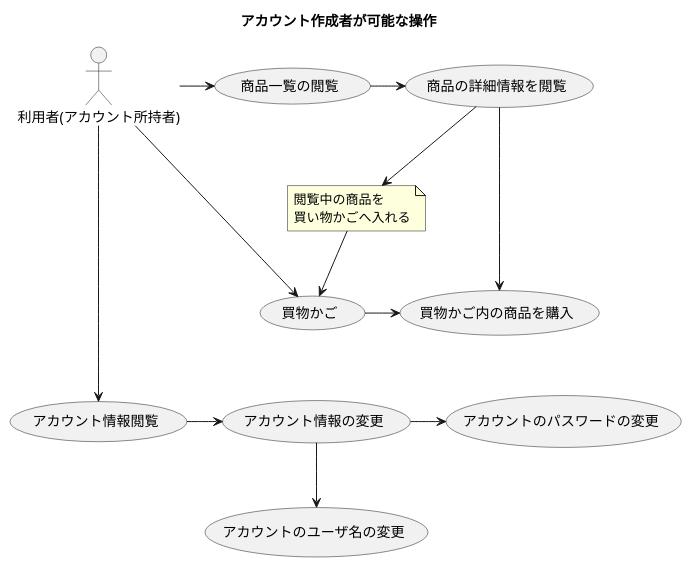
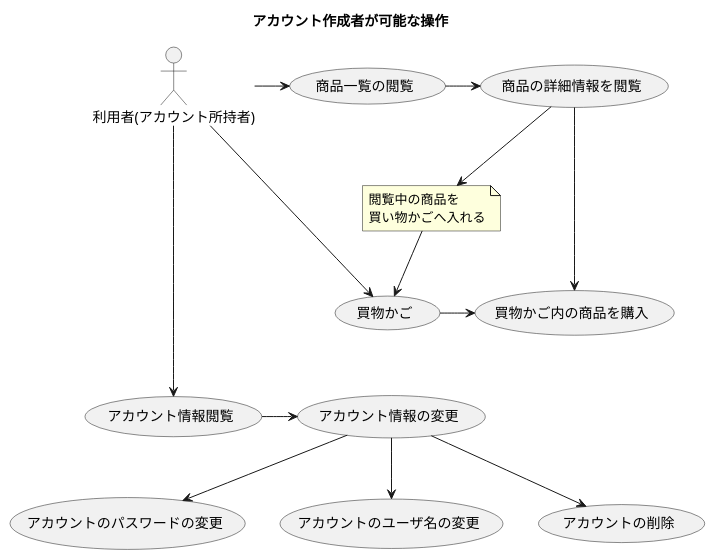
Before and after one commit to whalego/django_market_app: the second of 2 diagrams in products_documents/workflow_diagram/user_workfrow.puml, drawn with PlantUML.

Commit message:
利用者ワークフローにアカウントの削除を追加

```diff
--- a/products_documents/workflow_diagram/user_workfrow.puml
+++ b/products_documents/workflow_diagram/user_workfrow.puml
@@ -16,33 +16,34 @@
 @startuml
 title
 アカウント作成者が可能な操作
 end title
 
 :利用者(アカウント所持者): as has_account_user
 (商品一覧の閲覧) as item_list
 (商品の詳細情報を閲覧) as item
 (買物かご) as item_bucket
 (買物かご内の商品を購入) as buy_items
 (アカウント情報閲覧) as account_info
 (アカウント情報の変更) as change_account_info
 (アカウントのパスワードの変更) as change_password
 (アカウントのユーザ名の変更) as change_user_name
+(アカウントの削除) as delete_account
 
 has_account_user -> item_list
 item_list -> item
 
 note "閲覧中の商品を\n買い物かごへ入れる" as item_in_bucket
 
 item --> item_in_bucket
 item_in_bucket --> item_bucket
 
 has_account_user ---> item_bucket
 item -> buy_items
 item_bucket -> buy_items
 
 has_account_user ----> account_info
 account_info -> change_account_info
 change_account_info --> change_user_name
-change_account_info -> change_password
-
+change_account_info --> change_password
+change_account_info --> delete_account
 @enduml
```
